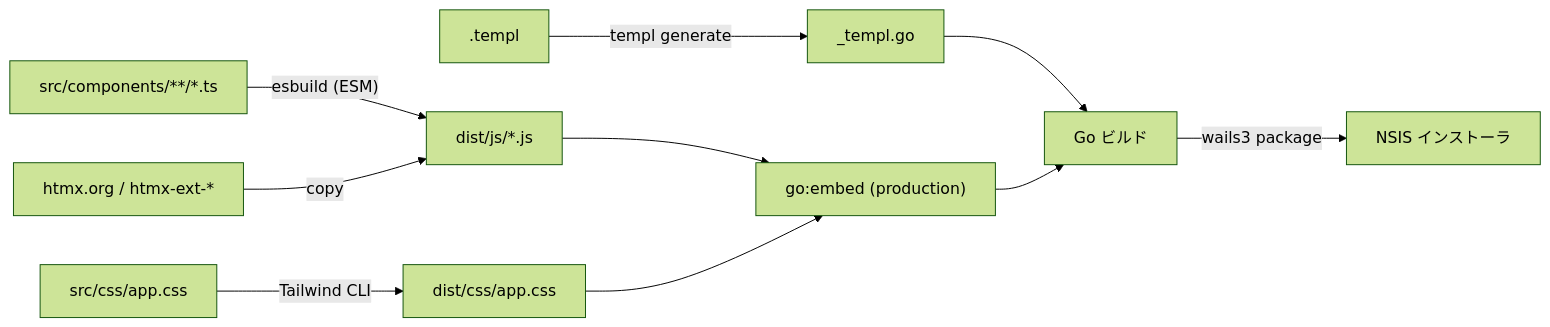
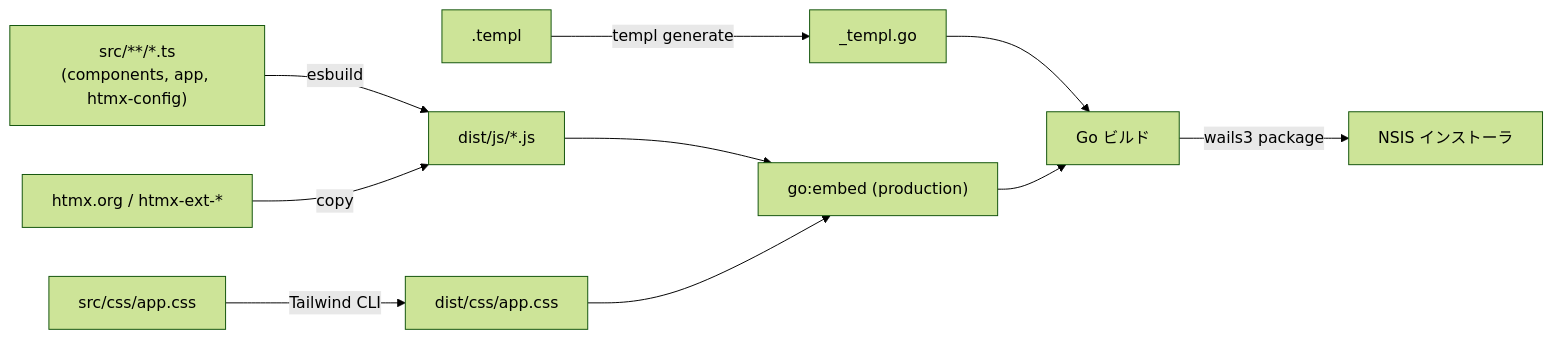
Before and after one commit to ousiassllc/puppet-remo: the third of 3 diagrams in docs/architecture/frontend.md, drawn with Mermaid (forest theme). The commit also changed other lines of this file and 7 other files, not shown here.

````diff
--- a/docs/architecture/frontend.md
+++ b/docs/architecture/frontend.md
@@ -390,12 +418,12 @@
 ```mermaid
 graph LR
     T[".templ"] -- "templ generate" --> G["_templ.go"]
-    TS["src/components/**/*.ts"] -- "esbuild (ESM)" --> JS["dist/js/*.js"]
+    TS["src/**/*.ts<br/>(components, app, htmx-config)"] -- "esbuild" --> JS["dist/js/*.js"]
     CSS["src/css/app.css"] -- "Tailwind CLI" --> C["dist/css/app.css"]
     H["htmx.org / htmx-ext-*"] -- "copy" --> JS
     G --> BIN["Go ビルド"]
     JS --> E["go:embed (production)"]
     C --> E
     E --> BIN
     BIN -- "wails3 package" --> NSIS["NSIS インストーラ"]
 ```
````
